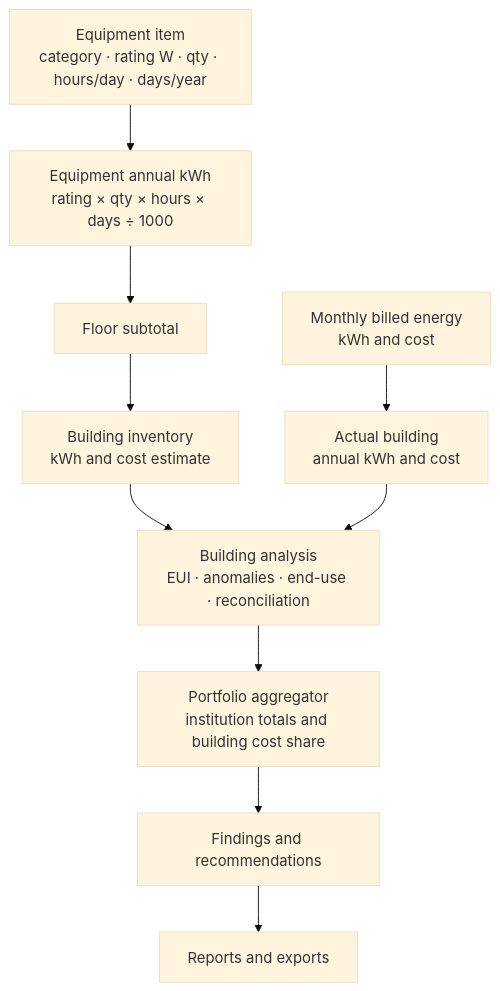
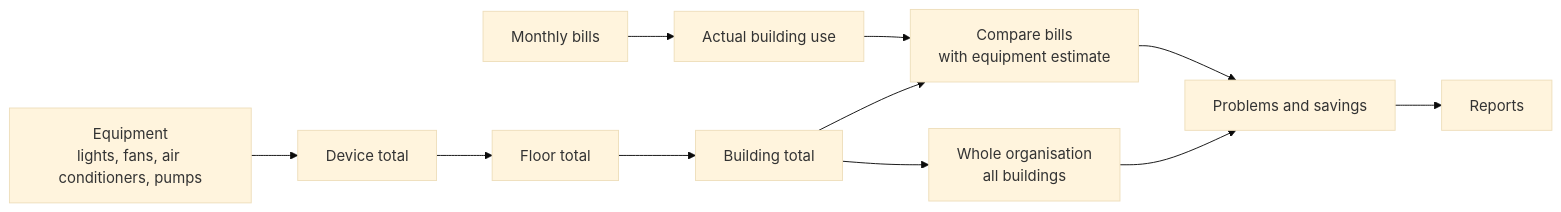
The first of 2 diagrams in docs/simplified-architecture.md (Briankimany/Energy-Audit-App), drawn with Mermaid (base theme) before and after one commit. The commit also changed other lines of this file, not shown here.

Commit message:
docs: rewrite simplified architecture in plain English

````diff
--- a/docs/simplified-architecture.md
+++ b/docs/simplified-architecture.md
@@ -19,12 +21,13 @@
 ```mermaid
-flowchart TD
-    E["Equipment item<br/>category · rating W · qty · hours/day · days/year"] --> EC["Equipment annual kWh<br/>rating × qty × hours × days ÷ 1000"]
-    EC --> F["Floor subtotal"]
-    F --> B["Building inventory<br/>kWh and cost estimate"]
-    H["Monthly billed energy<br/>kWh and cost"] --> A["Actual building<br/>annual kWh and cost"]
-    B --> J["Building analysis<br/>EUI · anomalies · end-use · reconciliation"]
-    A --> J
-    J --> P["Portfolio aggregator<br/>institution totals and building cost share"]
-    P --> L["Findings and recommendations"]
-    L --> M["Reports and exports"]
+flowchart LR
+    E["Equipment<br/>lights, fans, air conditioners, pumps"] --> F["Device total"]
+    F --> FL["Floor total"]
+    FL --> B["Building total"]
+    B --> I["Whole organisation<br/>all buildings"]
+    H["Monthly bills"] --> A["Actual building use"]
+    A --> C["Compare bills<br/>with equipment estimate"]
+    B --> C
+    C --> P["Problems and savings"]
+    I --> P
+    P --> R["Reports"]
 ```
````
